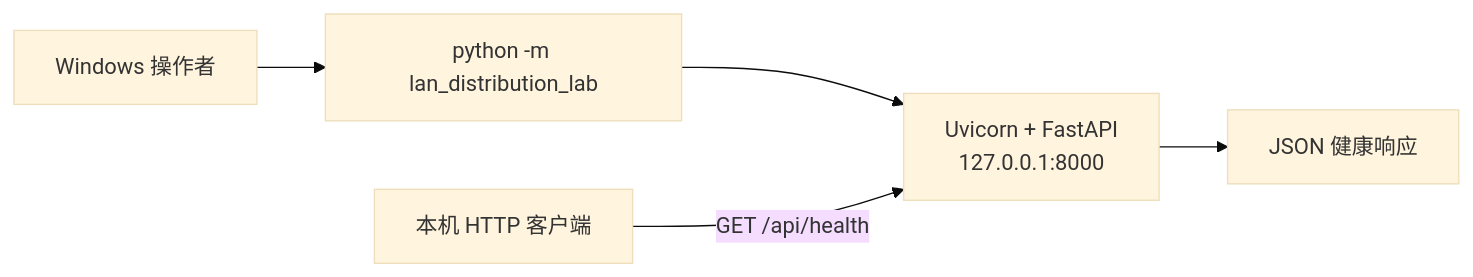
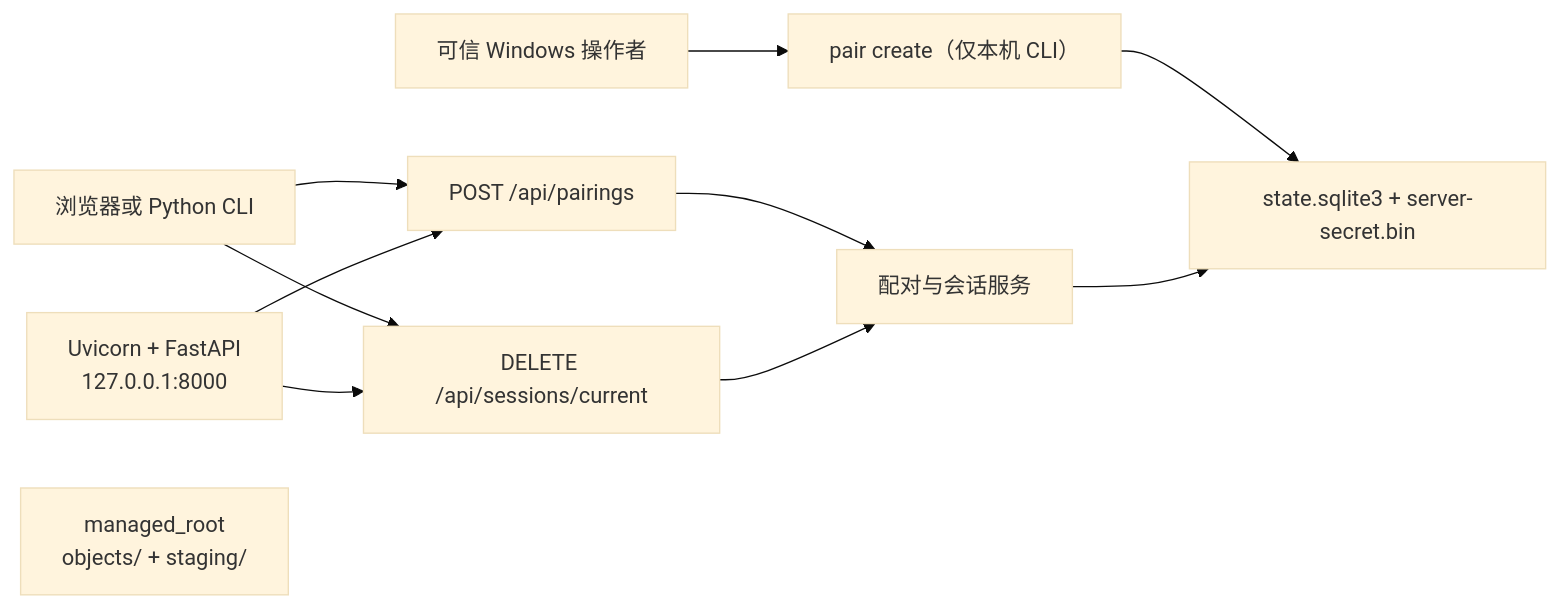
The diagram in docs/ARCHITECTURE.md (cppppercy/lan-distribution-lab), drawn with Mermaid (base theme) before and after one commit. The commit also changed other lines of this file and 16 other files, not shown here.

````diff
--- a/docs/ARCHITECTURE.md
+++ b/docs/ARCHITECTURE.md
@@ -7,7 +7,13 @@
 ```mermaid
 flowchart LR
-    operator["Windows 操作者"] --> command["python -m lan_distribution_lab"]
-    command --> server["Uvicorn + FastAPI\n127.0.0.1:8000"]
-    client["本机 HTTP 客户端"] -->|"GET /api/health"| server
-    server --> response["JSON 健康响应"]
+    operator["可信 Windows 操作者"] --> cli["pair create（仅本机 CLI）"]
+    cli --> state["state.sqlite3 + server-secret.bin"]
+    client["浏览器或 Python CLI"] --> pair["POST /api/pairings"]
+    pair --> auth["配对与会话服务"]
+    auth --> state
+    client --> revoke["DELETE /api/sessions/current"]
+    revoke --> auth
+    server["Uvicorn + FastAPI\n127.0.0.1:8000"] --> pair
+    server --> revoke
+    store["managed_root\nobjects/ + staging/"]
 ```
````
